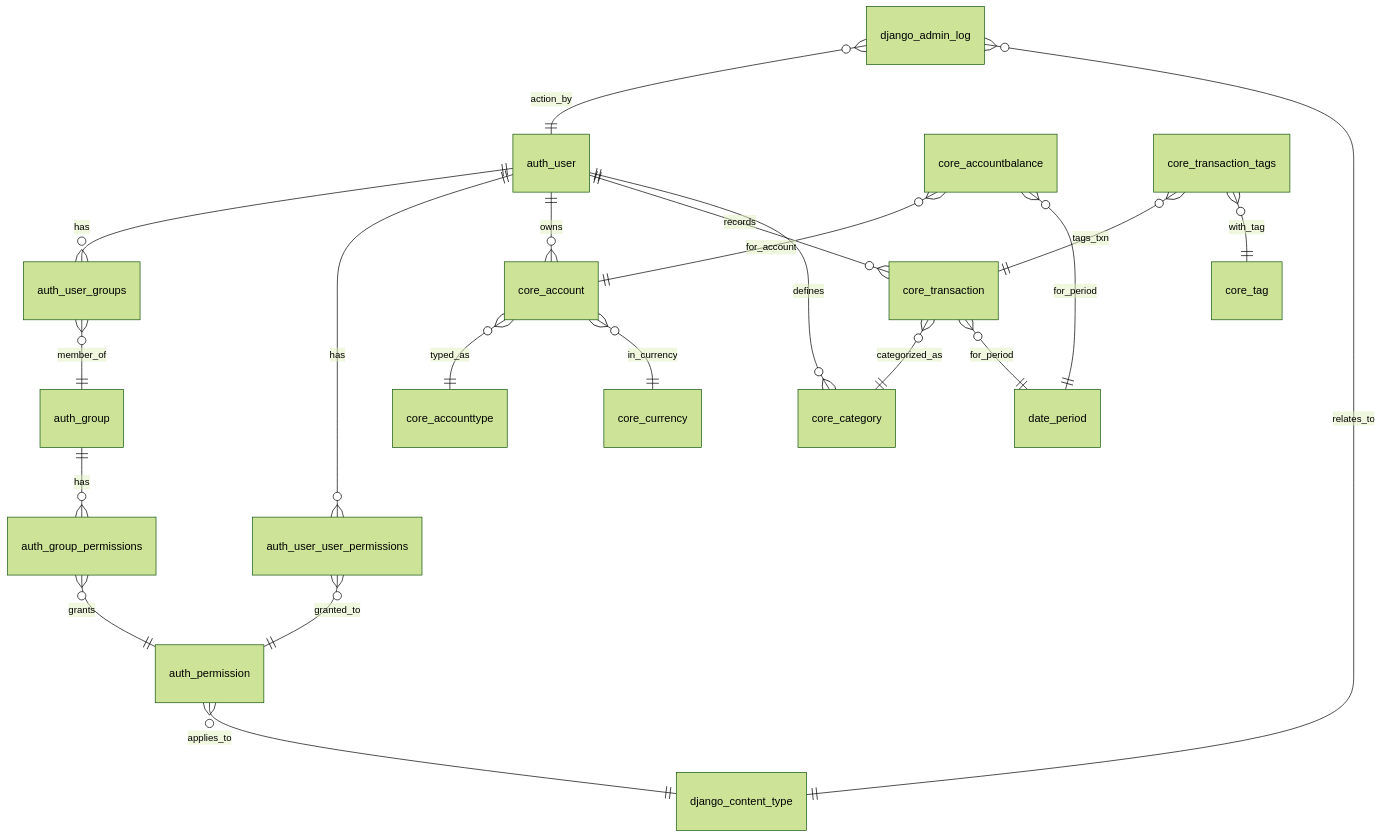
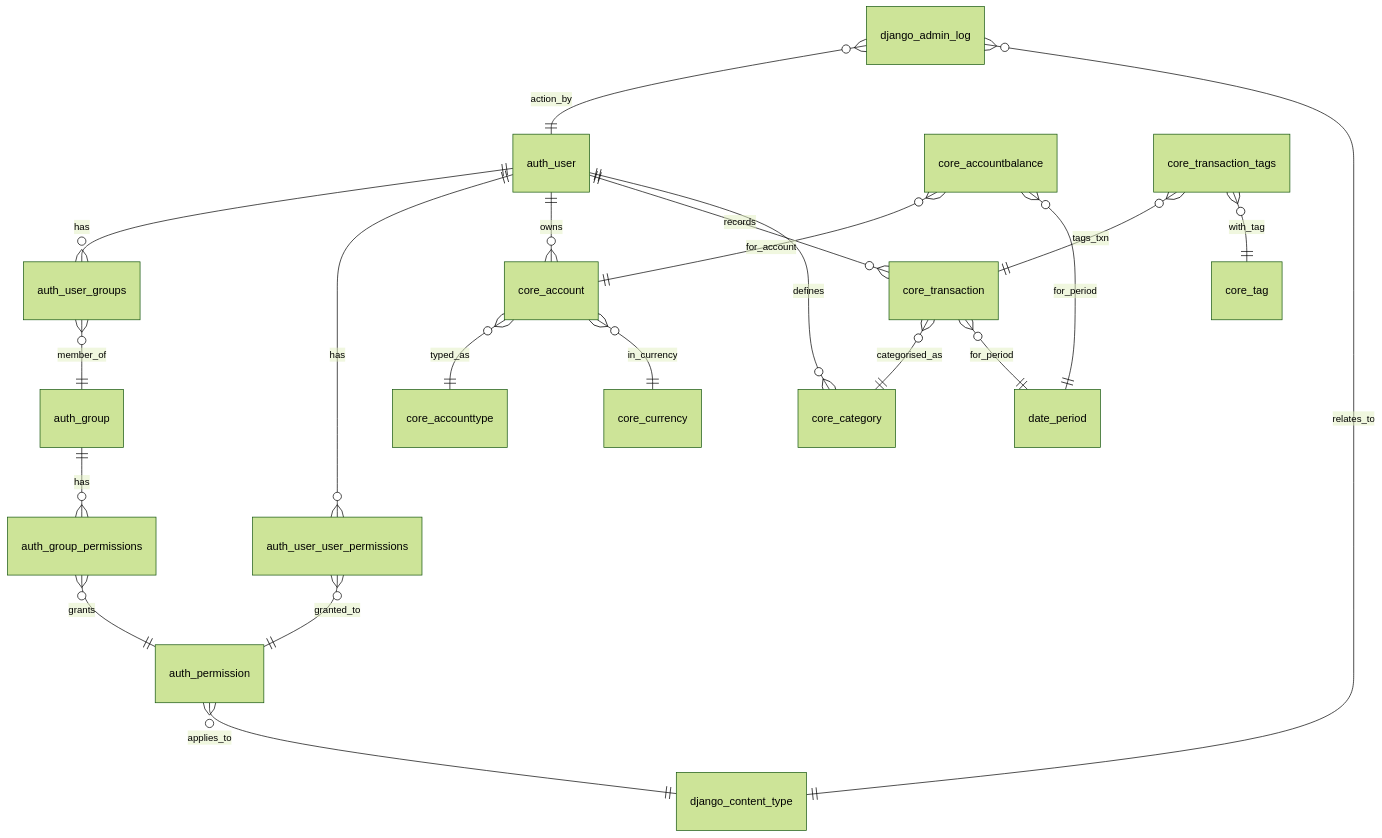
Before and after one commit to nunonuno7/ourfinancetracker: the diagram in README.md, drawn with Mermaid (forest theme). The commit also changed other lines of this file and 5 other files, not shown here.

````diff
--- a/README.md
+++ b/README.md
@@ -32,31 +32,31 @@
 ```mermaid
 erDiagram
 
-%% ---------- AUTENTICAÇÃO ----------
+%% ---------- AUTHENTICATION ----------
 auth_user||--o{auth_user_groups: has
 auth_user||--o{auth_user_user_permissions: has
 auth_group||--o{auth_group_permissions: has
 auth_user_groups}o--||auth_group: member_of
 auth_user_user_permissions}o--||auth_permission: granted_to
 auth_group_permissions}o--||auth_permission: grants
 auth_permission}o--||django_content_type: applies_to
 django_admin_log}o--||auth_user: action_by
 django_admin_log}o--||django_content_type: relates_to
 
 %% ---------- CORE ----------
 auth_user||--o{core_account: owns
 auth_user||--o{core_transaction: records
 auth_user||--o{core_category: defines
 
 core_account}o--||core_accounttype: typed_as
 core_account}o--||core_currency: in_currency
 
 core_accountbalance}o--||core_account: for_account
 core_accountbalance}o--||date_period: for_period
 
-core_transaction}o--||core_category: categorized_as
+core_transaction}o--||core_category: categorised_as
 core_transaction}o--||date_period: for_period
 
 core_transaction_tags}o--||core_transaction: tags_txn
 core_transaction_tags}o--||core_tag: with_tag
 ```
````
